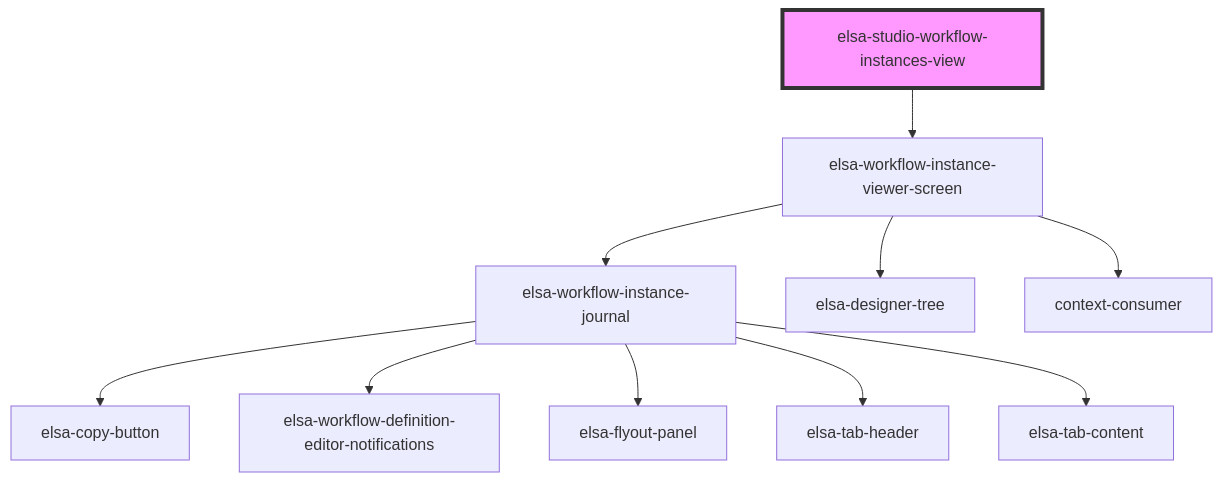
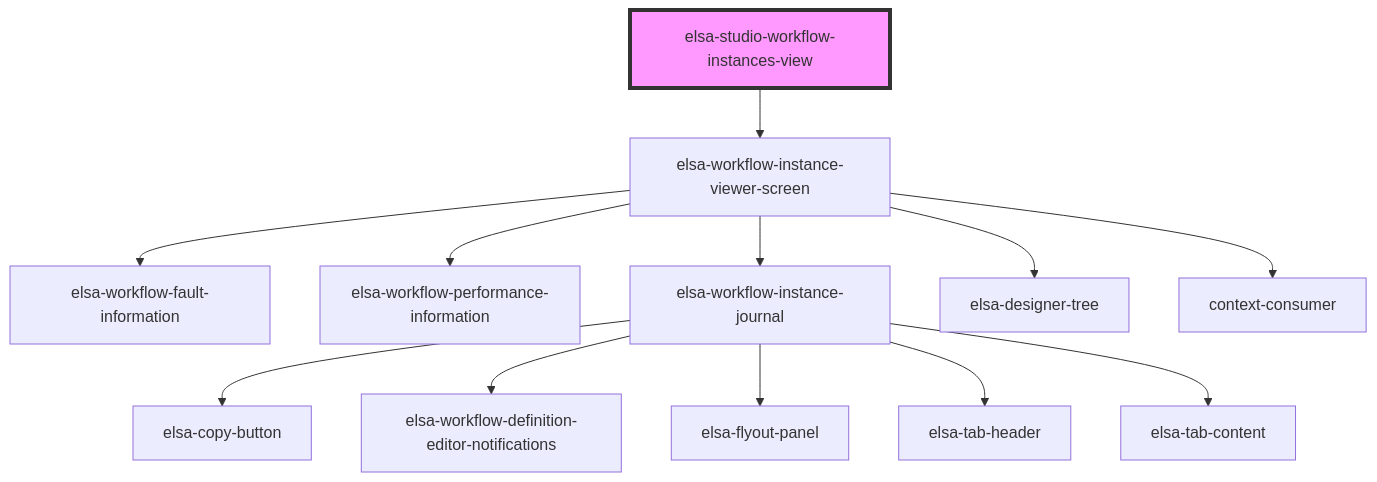
Before and after one commit to elsa-workflows/elsa-core: the diagram in src/designer/elsa-workflows-studio/src/components/dashboard/pages/elsa-studio-workflow-instances-view/readme.md, drawn with Mermaid. The commit also changed 8 other files, not shown here.

````diff
--- a/src/designer/elsa-workflows-studio/src/components/dashboard/pages/elsa-studio-workflow-instances-view/readme.md
+++ b/src/designer/elsa-workflows-studio/src/components/dashboard/pages/elsa-studio-workflow-instances-view/readme.md
@@ -22,13 +22,15 @@
 ```mermaid
 graph TD;
   elsa-studio-workflow-instances-view --> elsa-workflow-instance-viewer-screen
+  elsa-workflow-instance-viewer-screen --> elsa-workflow-fault-information
+  elsa-workflow-instance-viewer-screen --> elsa-workflow-performance-information
   elsa-workflow-instance-viewer-screen --> elsa-workflow-instance-journal
   elsa-workflow-instance-viewer-screen --> elsa-designer-tree
   elsa-workflow-instance-viewer-screen --> context-consumer
   elsa-workflow-instance-journal --> elsa-copy-button
   elsa-workflow-instance-journal --> elsa-workflow-definition-editor-notifications
   elsa-workflow-instance-journal --> elsa-flyout-panel
   elsa-workflow-instance-journal --> elsa-tab-header
   elsa-workflow-instance-journal --> elsa-tab-content
   style elsa-studio-workflow-instances-view fill:#f9f,stroke:#333,stroke-width:4px
 ```
````
